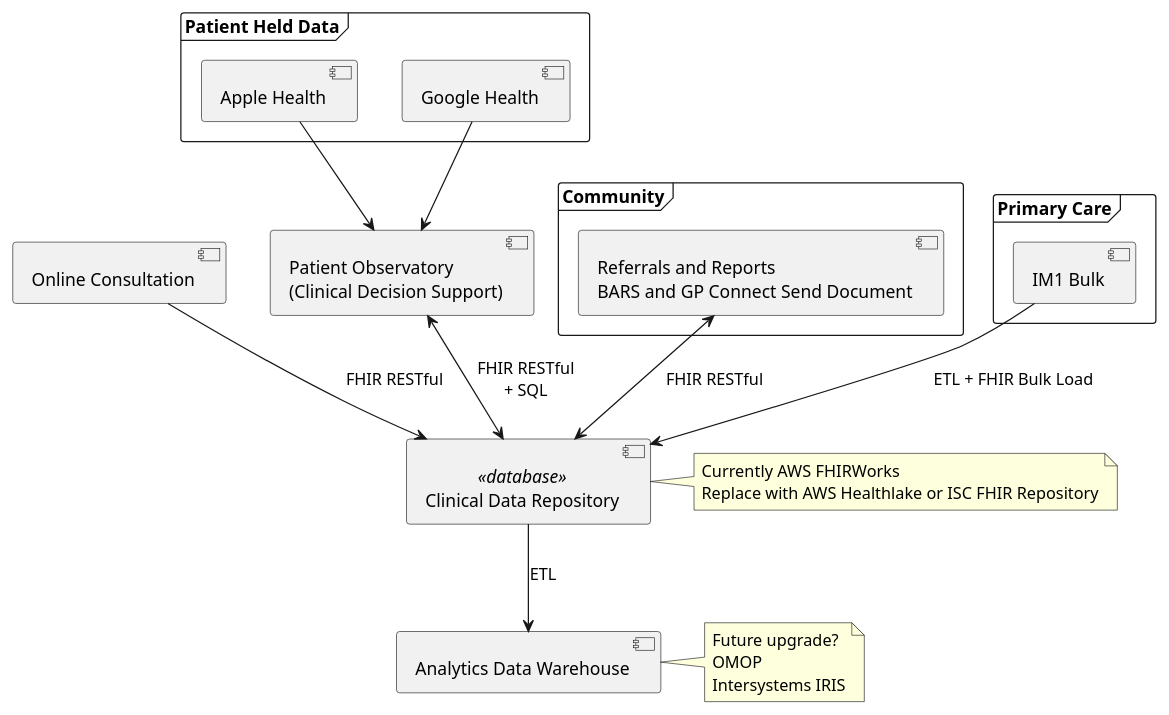
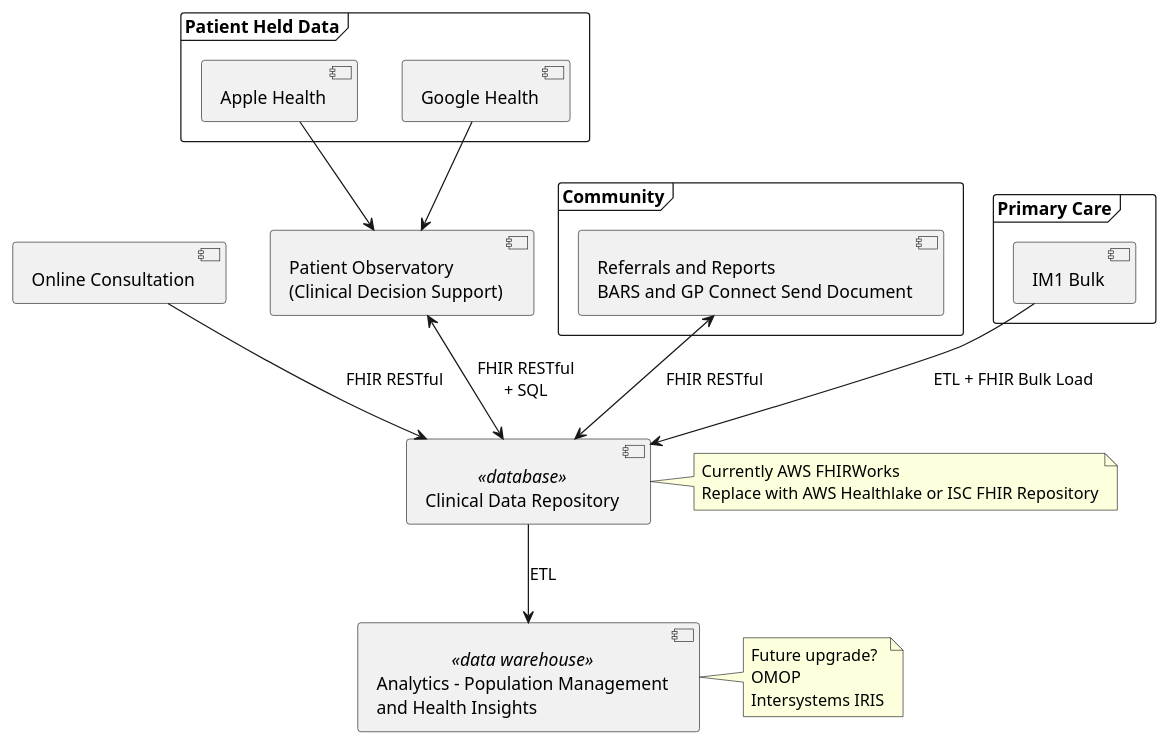
One commit to Virtually-Healthcare/virtually-healthcare.github.com changed the diagram in input/images-source/component-analytics.plantuml. Above: the diagram before and after it, drawn with PlantUML.

Commit message:
Design Overview

```diff
--- a/input/images-source/component-analytics.plantuml
+++ b/input/images-source/component-analytics.plantuml
@@ -2,49 +2,49 @@
   @startuml
 
     component "Online Consultation" as triage
 
     frame "Patient Held Data" as phr {
       component "Apple Health" as Apple
       component "Google Health" as Google
     }
 
     frame "Community" as community {
     component "Referrals and Reports\nBARS and GP Connect Send Document" as bars
     }
 
     frame "Primary Care" as pc {
       component "IM1 Bulk" as im1
     }
     component "Patient Observatory\n(Clinical Decision Support)" as obs
 
     component "Clinical Data Repository" as CDR <<database>>
 
-    component "Analytics Data Warehouse" as omop
+    component "Analytics - Population Management\nand Health Insights" as omop <<data warehouse>>
 
     triage --> CDR  : FHIR RESTful
     Apple --> obs
     Google --> obs
 
     obs <--> CDR : FHIR RESTful\n+ SQL
 
     bars <--> CDR: FHIR RESTful
 
     im1 --> CDR : ETL + FHIR Bulk Load
 
     CDR --> omop : ETL
 
     note as OMOP
       Future upgrade?
       OMOP
       Intersystems IRIS
     end note
 
     note as FHIR
       Currently AWS FHIRWorks
       Replace with AWS Healthlake or ISC FHIR Repository
     end note
 
     OMOP .l. omop
     FHIR .l. CDR
 
   @enduml
```
